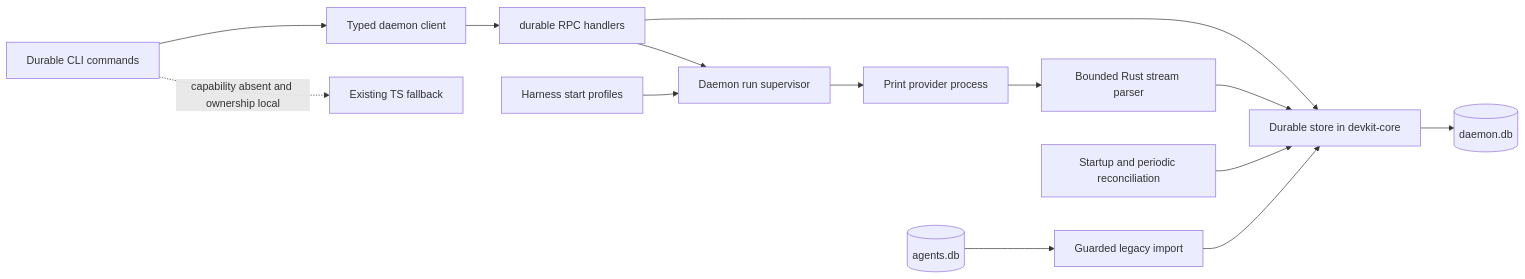
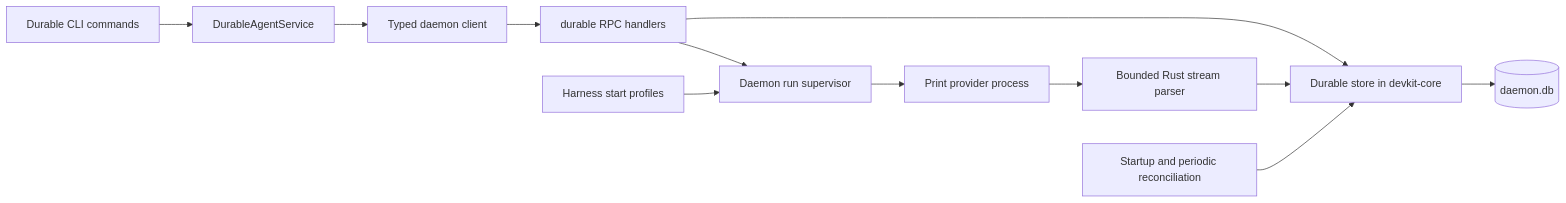
Before and after one commit to codeaholicguy/ai-devkit: the diagram in docs/ai/design/2026-11-17-feature-durable-devkitd.md, drawn with Mermaid. The commit also changed other lines of this file and 2 other files, not shown here.

Commit message:
docs(durable): align requirements, design, and testing docs with daemon-only model

````diff
--- a/docs/ai/design/2026-11-17-feature-durable-devkitd.md
+++ b/docs/ai/design/2026-11-17-feature-durable-devkitd.md
@@ -13,16 +13,14 @@
 ```mermaid
 flowchart LR
-    CLI[Durable CLI commands] --> Client[Typed daemon client]
+    CLI[Durable CLI commands] --> Service[DurableAgentService]
+    Service --> Client[Typed daemon client]
     Client --> RPC[durable RPC handlers]
     RPC --> Store[Durable store in devkit-core]
     Store --> DB[(daemon.db)]
     RPC --> Runner[Daemon run supervisor]
     Profiles[Harness start profiles] --> Runner
     Runner --> Provider[Print provider process]
     Provider --> Parser[Bounded Rust stream parser]
     Parser --> Store
     Sweep[Startup and periodic reconciliation] --> Store
-    Legacy[(agents.db)] --> Import[Guarded legacy import]
-    Import --> Store
-    CLI -. capability absent and ownership local .-> TS[Existing TS fallback]
 ```
````
